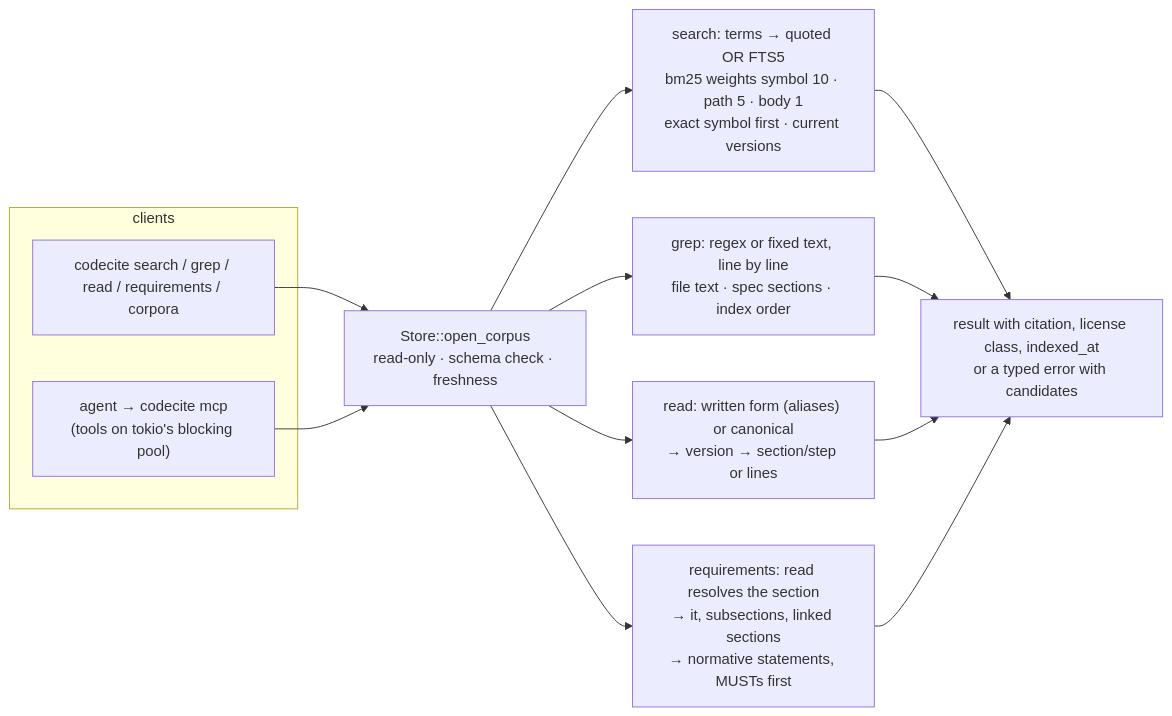
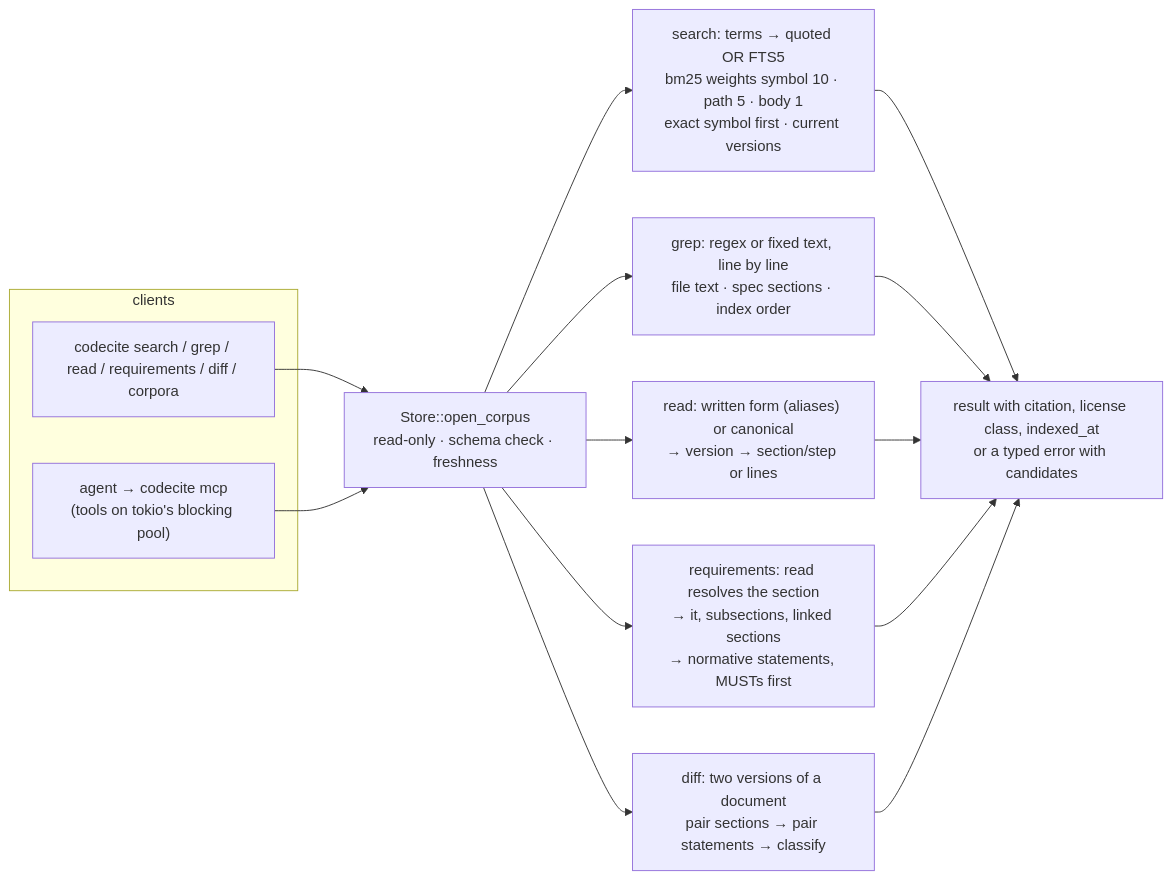
Before and after one commit to jamescrowley321/codecite: the fourth of 5 diagrams in docs/design.md, drawn with Mermaid. The commit also changed other lines of this file and 16 other files, not shown here.

First line of the commit message:
feat(mcp): diff a spec's pinned versions to show what changed in its rules (#168)

````diff
--- a/docs/design.md
+++ b/docs/design.md
@@ -113,13 +113,14 @@
 ```mermaid
 flowchart LR
   subgraph clients
-    cli["codecite search / grep / read / requirements / corpora"]
+    cli["codecite search / grep / read / requirements / diff / corpora"]
     agent["agent → codecite mcp<br/>(tools on tokio's blocking pool)"]
   end
   cli & agent --> open["Store::open_corpus<br/>read-only · schema check · freshness"]
   open --> search["search: terms → quoted OR FTS5<br/>bm25 weights symbol 10 · path 5 · body 1<br/>exact symbol first · current versions"]
   open --> grep["grep: regex or fixed text, line by line<br/>file text · spec sections · index order"]
   open --> read["read: written form (aliases) or canonical<br/>→ version → section/step or lines"]
   open --> reqs["requirements: read resolves the section<br/>→ it, subsections, linked sections<br/>→ normative statements, MUSTs first"]
-  search & grep & read & reqs --> out["result with citation, license class, indexed_at<br/>or a typed error with candidates"]
+  open --> diff["diff: two versions of a document<br/>pair sections → pair statements → classify"]
+  search & grep & read & reqs & diff --> out["result with citation, license class, indexed_at<br/>or a typed error with candidates"]
 ```
````
